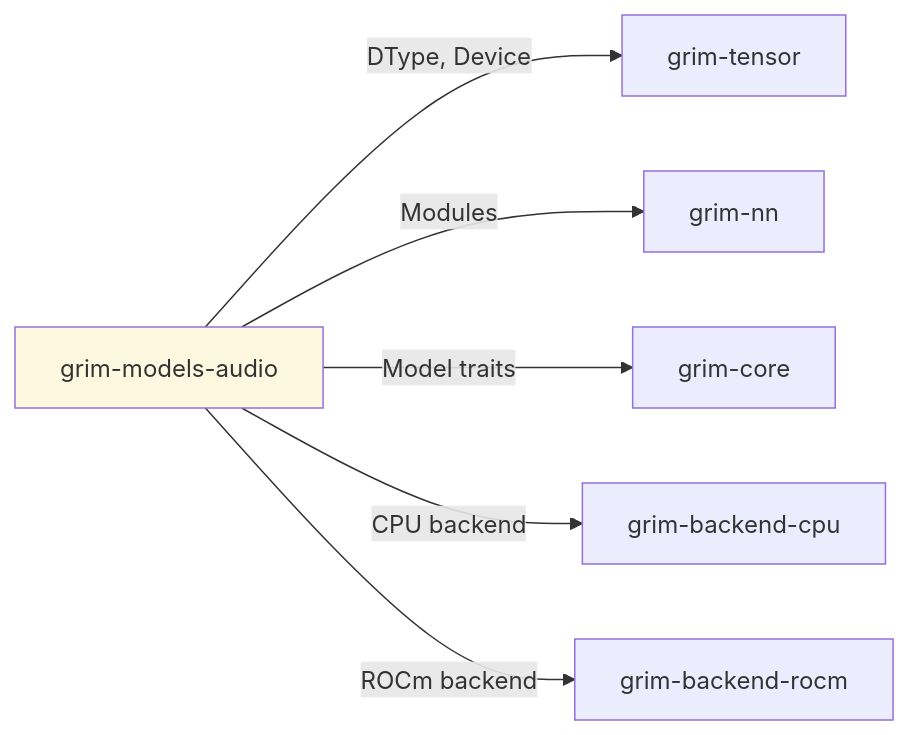
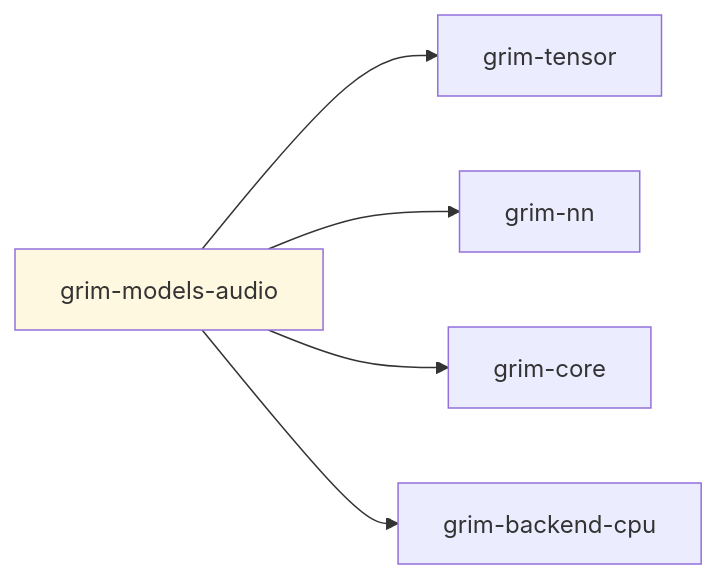
The diagram in crates/grim-models/audio/README.md (sydonayrex/grim), drawn with Mermaid before and after one commit. The commit also changed other lines of this file and 55 other files, not shown here.

````diff
--- a/crates/grim-models/audio/README.md
+++ b/crates/grim-models/audio/README.md
@@ -20,10 +17,9 @@
 ```mermaid
 graph LR
-    A[grim-models-audio] -->|DType, Device| B[grim-tensor]
-    A -->|Modules| C[grim-nn]
-    A -->|Model traits| D[grim-core]
-    A -->|CPU backend| E[grim-backend-cpu]
-    A -->|ROCm backend| F[grim-backend-rocm]
-    
+    A[grim-models-audio] --> B[grim-tensor]
+    A --> C[grim-nn]
+    A --> D[grim-core]
+    A --> E[grim-backend-cpu]
+
     style A fill:#fff8e1
 ```
````
